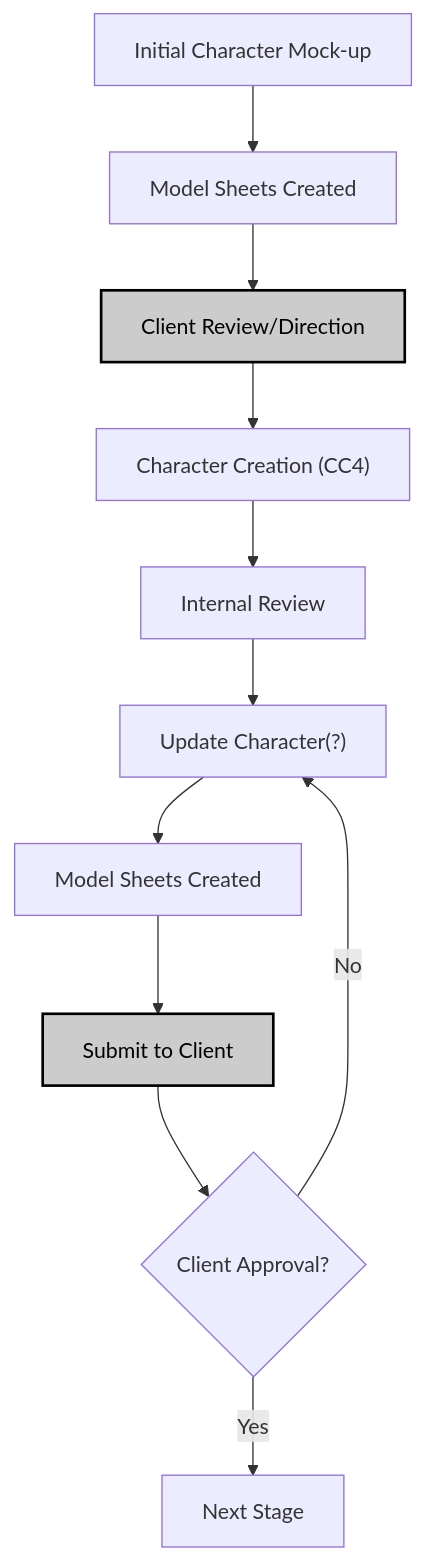
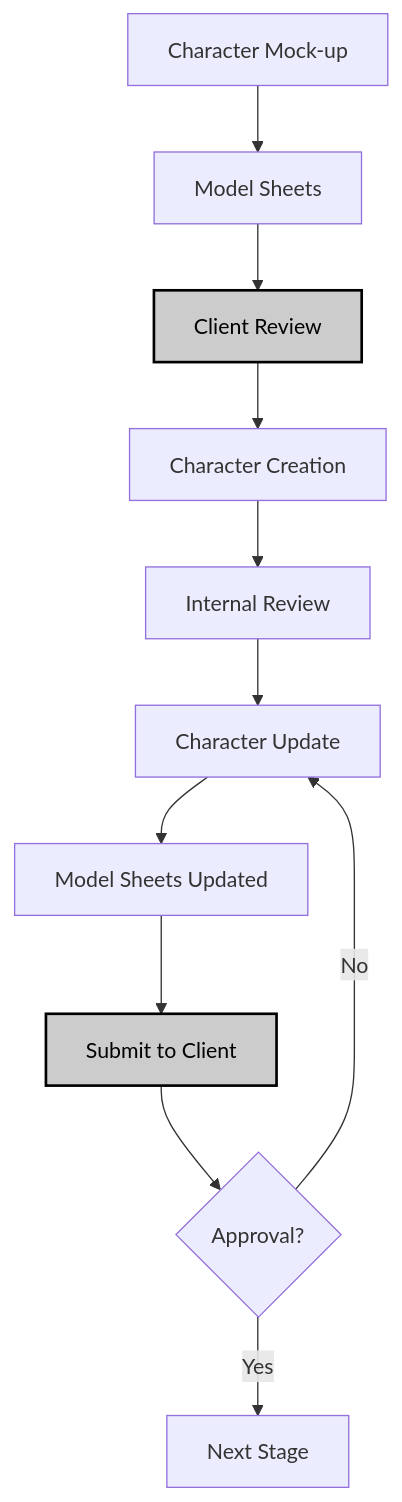
One commit to diamond-one/hybrid-AI-animated-shorts-pipeline changed the diagram in client-feedback-process.md. Above: the diagram before and after it, drawn with Mermaid. The commit also changed 7 other files, not shown here.

````diff
--- a/client-feedback-process.md
+++ b/client-feedback-process.md
@@ -6,27 +6,27 @@
 ```mermaid
 flowchart TD
-    node1["Initial Character Mock-up"]
-    node1a["Model Sheets Created"]
-    node2["Client Review/Direction"]
-    node3["Character Creation (CC4)"]
+    node1["Character Mock-up"]
+    node1a["Model Sheets"]
+    node2["Client Review"]
+    node3["Character Creation"]
     node4["Internal Review"]
-    node5["Update Character(?)"]
-    node5a["Model Sheets Created"]
+    node5["Character Update"]
+    node5a["Model Sheets Updated"]
     node6["Submit to Client"]
-    node7{"Client Approval?"}
+    node7{"Approval?"}
     node8["Next Stage"]
 
     node1 --> node1a --> node2
     node2 --> node3
     node3 --> node4
     node4 --> node5
     node5 --> node5a  --> node6
     node6 --> node7
     node7 -- Yes --> node8
     node7 -- No --> node5
 
     classDef note fill:#ccc,stroke:#000,stroke-width:2px,color:#000;
     class node2,node6 note;
 
 
 ```
````
